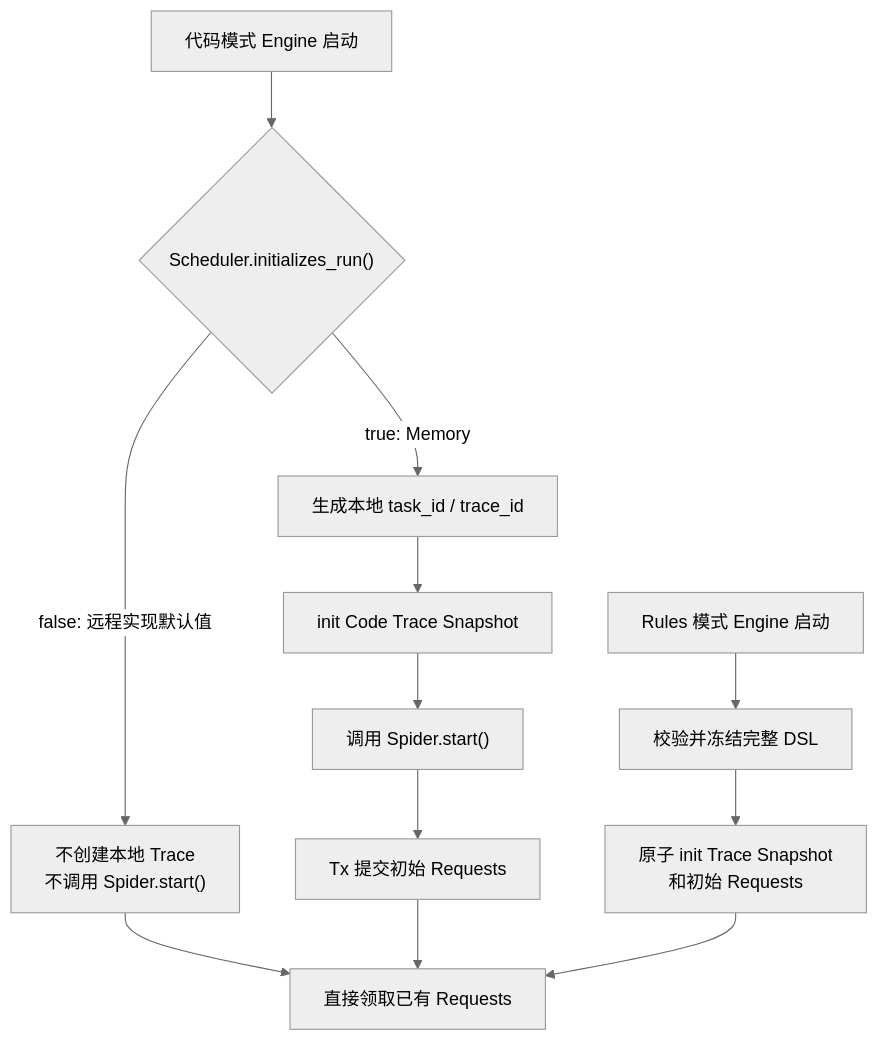
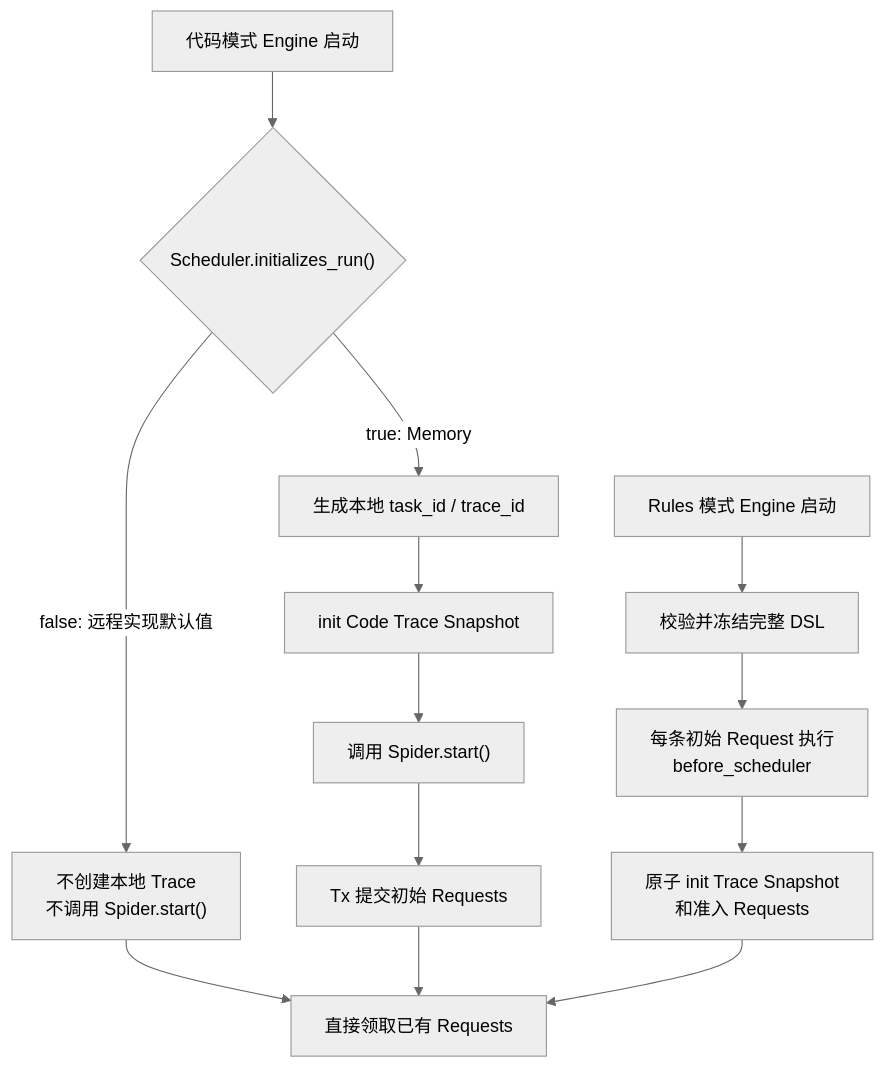
Before and after one commit to halo-space/crawler: the third of 5 diagrams in docs/architecture.zh-CN.md, drawn with Mermaid (neutral theme). The commit also changed other lines of this file and 37 other files, not shown here.

````diff
--- a/docs/architecture.zh-CN.md
+++ b/docs/architecture.zh-CN.md
@@ -136,15 +137,16 @@
 ```mermaid
 flowchart TB
     A["代码模式 Engine 启动"] --> B{"Scheduler.initializes_run()"}
     B -- "true: Memory" --> C["生成本地 task_id / trace_id"]
     C --> D["init Code Trace Snapshot"]
     D --> E["调用 Spider.start()"]
     E --> F["Tx 提交初始 Requests"]
     B -- "false: 远程实现默认值" --> G["不创建本地 Trace<br/>不调用 Spider.start()"]
     G --> H["直接领取已有 Requests"]
     F --> H
 
     I["Rules 模式 Engine 启动"] --> J["校验并冻结完整 DSL"]
-    J --> K["原子 init Trace Snapshot<br/>和初始 Requests"]
+    J --> L["每条初始 Request 执行<br/>before_scheduler"]
+    L --> K["原子 init Trace Snapshot<br/>和准入 Requests"]
     K --> H
 ```
````
